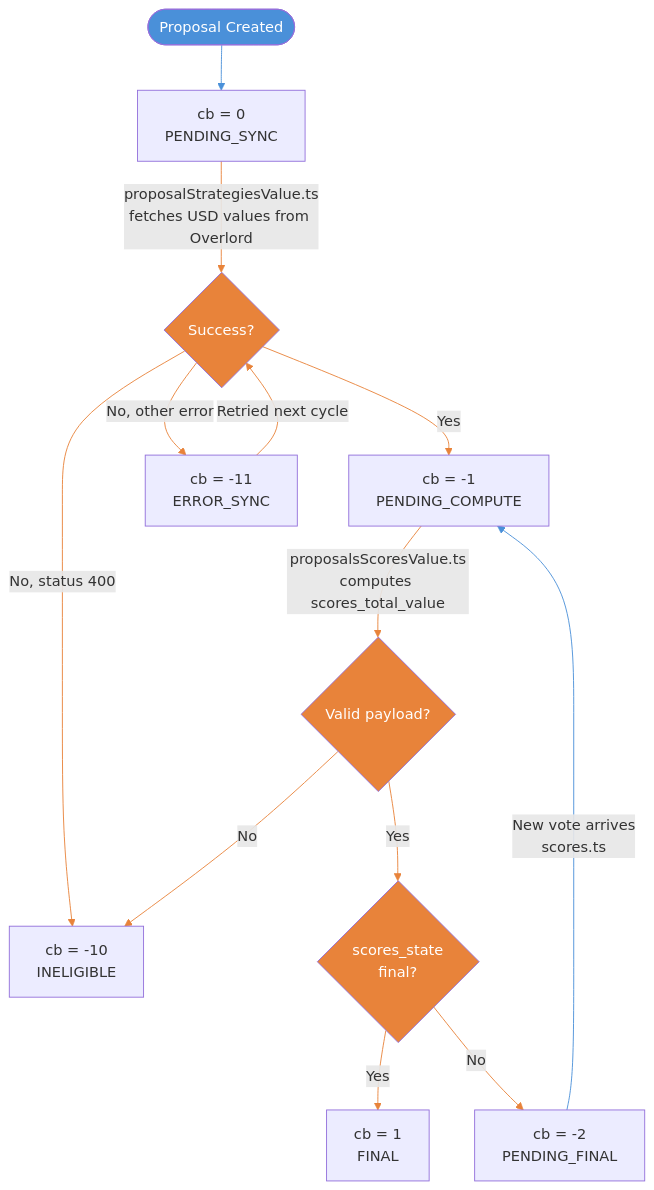
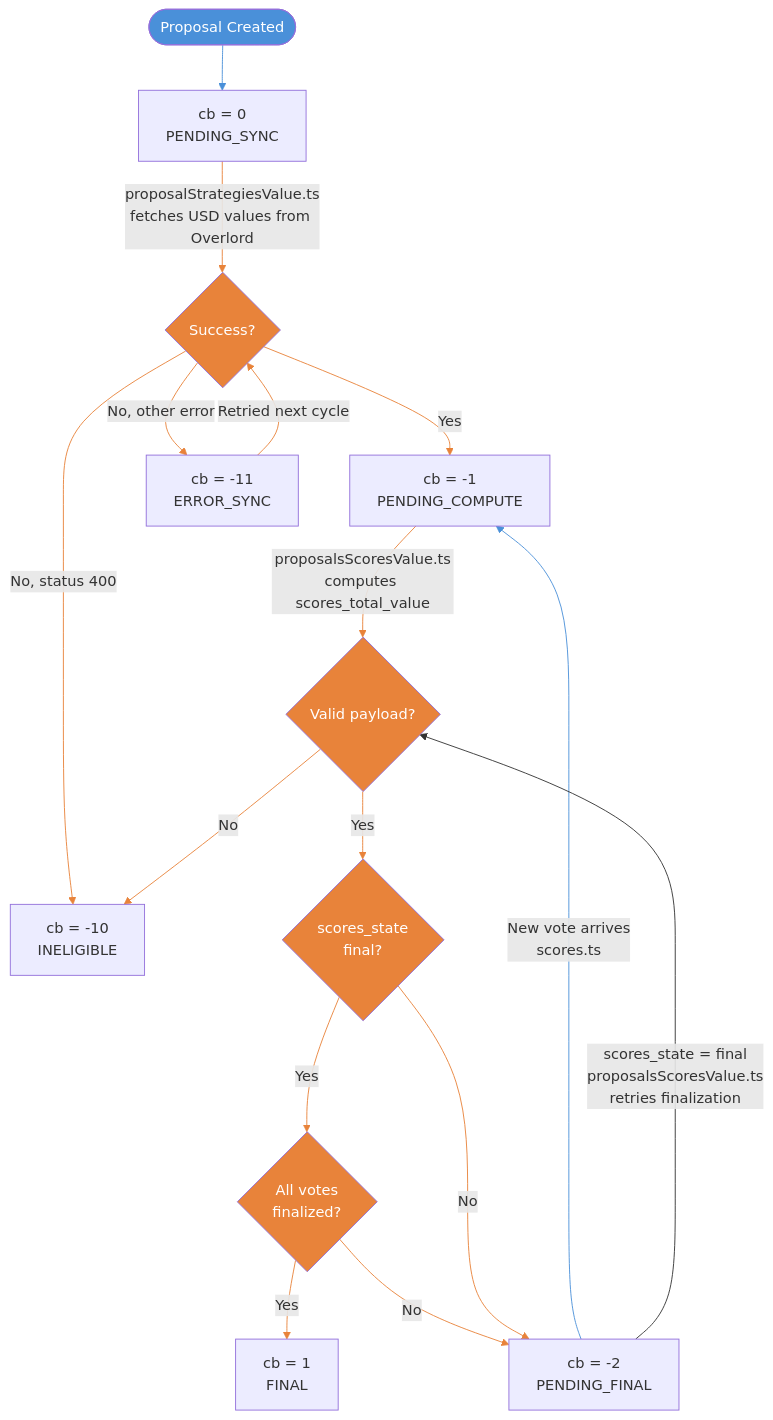
Before and after one commit to snapshot-labs/sx-monorepo: the first of 2 diagrams in apps/sequencer/docs/cb-flow.md, drawn with Mermaid. The commit also changed other lines of this file and 1 other file, not shown here.

First line of the commit message:
fix(sequencer): correct scores_total_value inflation for approval voting

````diff
--- a/apps/sequencer/docs/cb-flow.md
+++ b/apps/sequencer/docs/cb-flow.md
@@ -19,26 +19,29 @@
 ```mermaid
 flowchart TD
     A([Proposal Created]):::user --> B["cb = 0<br>PENDING_SYNC"]
     B -->|proposalStrategiesValue.ts<br>fetches USD values from Overlord| C{Success?}
     C -->|Yes| D["cb = -1<br>PENDING_COMPUTE"]
     C -->|No, status 400| G
     C -->|No, other error| E["cb = -11<br>ERROR_SYNC"]
     E -->|Retried next cycle| C
     D -->|proposalsScoresValue.ts<br>computes scores_total_value| F{Valid payload?}
     F -->|No| G["cb = -10<br>INELIGIBLE"]
     F -->|Yes| H{scores_state<br>final?}
-    H -->|Yes| I["cb = 1<br>FINAL"]
+    H -->|Yes| K{All votes<br>finalized?}
+    K -->|Yes| I["cb = 1<br>FINAL"]
+    K -->|No| J
     H -->|No| J["cb = -2<br>PENDING_FINAL"]
     J -->|New vote arrives<br>scores.ts| D
+    J -->|"scores_state = final<br>proposalsScoresValue.ts<br>retries finalization"| F
 
     classDef user fill:#4a90d9,color:#fff
     classDef async fill:#e8833a,color:#fff
 
     class A user
-    class C,F,H async
+    class C,F,H,K async
     class B,D,E,G,I,J default
 
     linkStyle 0 stroke:#4a90d9
-    linkStyle 1,2,3,4,5,6,7,8,9,10 stroke:#e8833a
-    linkStyle 11 stroke:#4a90d9
+    linkStyle 1,2,3,4,5,6,7,8,9,10,11,12 stroke:#e8833a
+    linkStyle 13 stroke:#4a90d9
 ```
````
